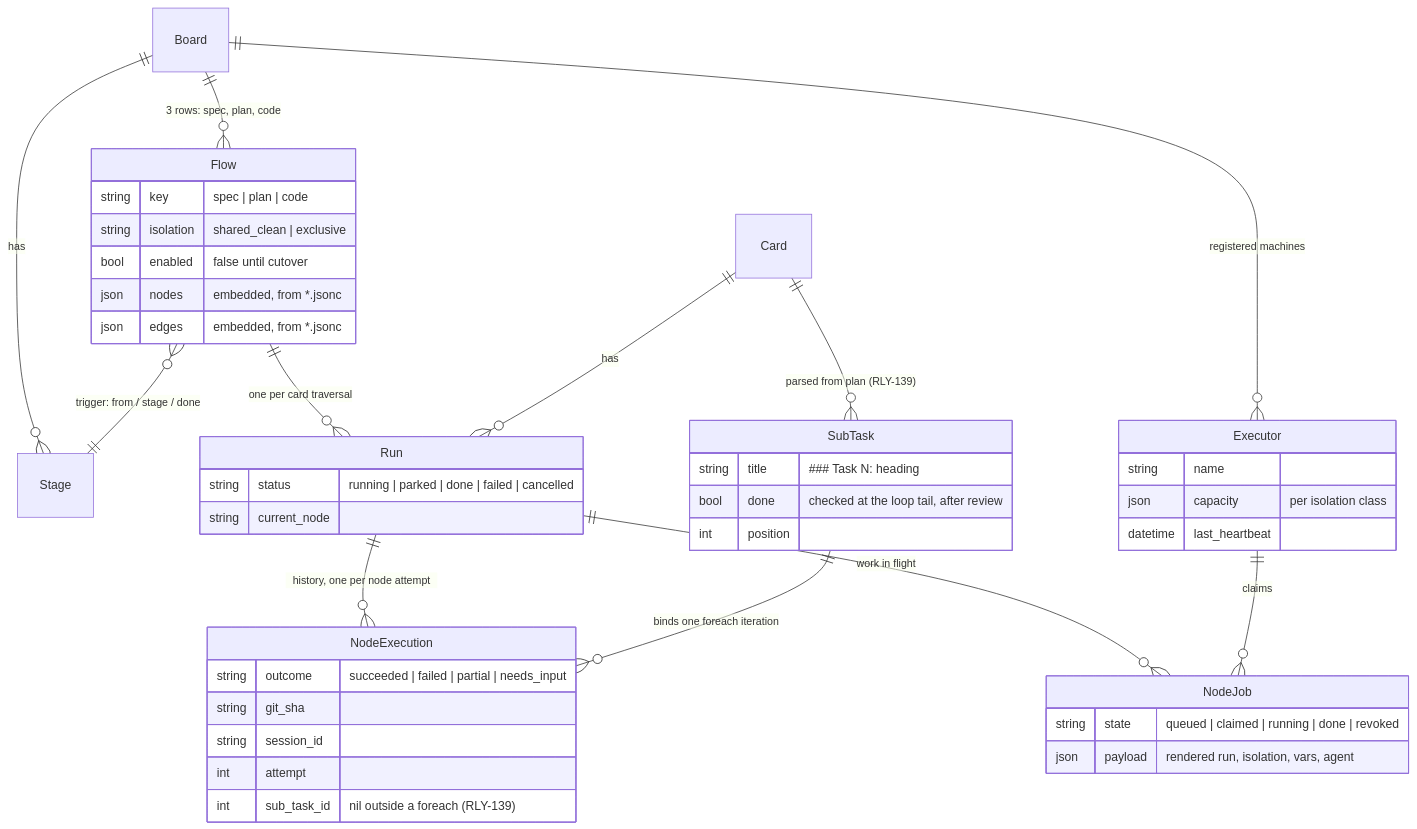
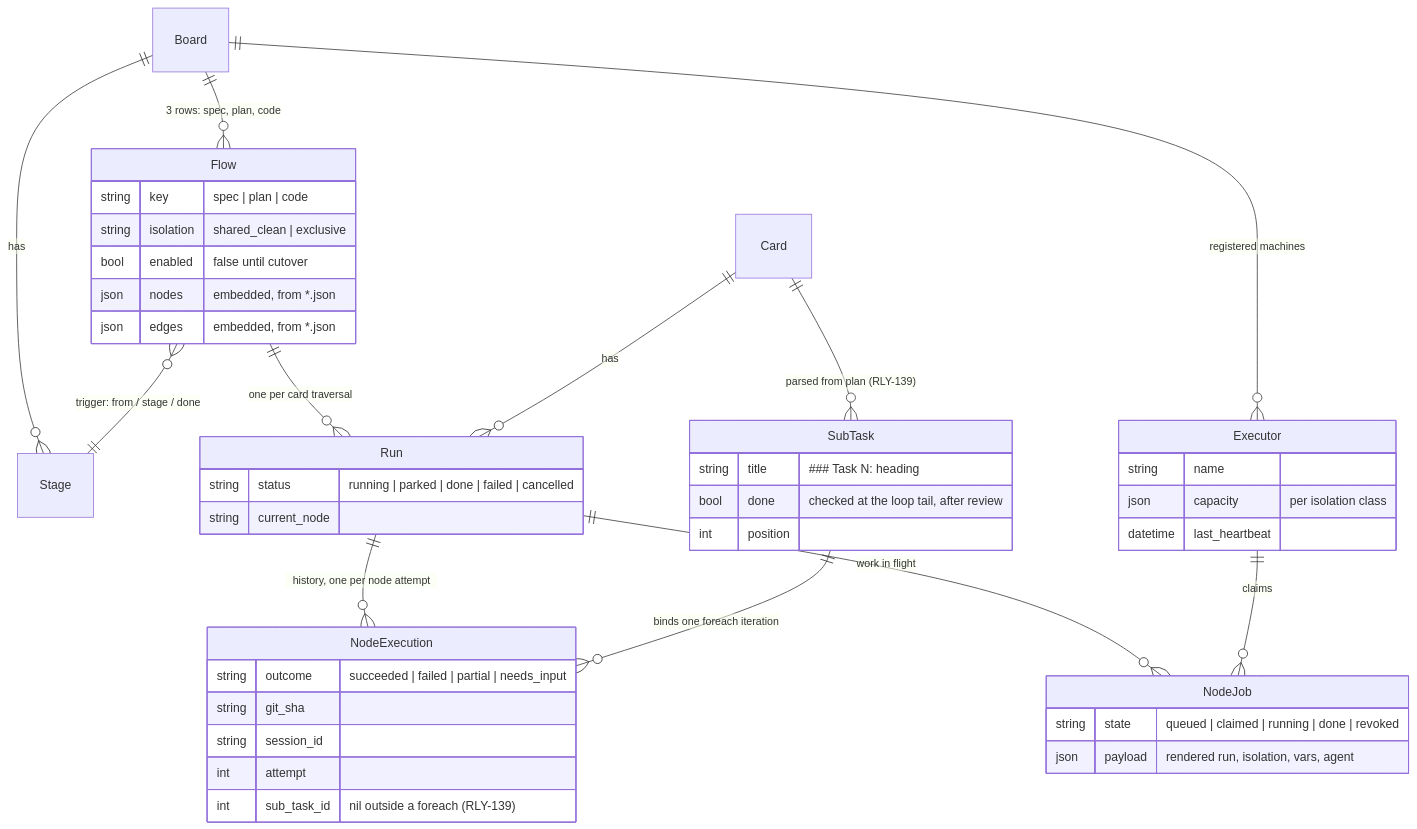
Before and after one commit to jeremylightsmith/relay: the diagram in docs/designs/flows/worked-example.md, drawn with Mermaid. The commit also changed other lines of this file and 21 other files, not shown here.

Commit message:
RLY-241: add Relay.Flows.Document and load the default library from docs/designs/flows/*.json

````diff
--- a/docs/designs/flows/worked-example.md
+++ b/docs/designs/flows/worked-example.md
@@ -207,47 +207,47 @@
 ```mermaid
 erDiagram
     Board ||--o{ Stage : has
     Board ||--o{ Flow : "3 rows: spec, plan, code"
     Flow }o--|| Stage : "trigger: from / stage / done"
     Flow ||--o{ Run : "one per card traversal"
     Card ||--o{ Run : has
     Card ||--o{ SubTask : "parsed from plan (RLY-139)"
     Run ||--o{ NodeExecution : "history, one per node attempt"
     Run ||--o{ NodeJob : "work in flight"
     SubTask ||--o{ NodeExecution : "binds one foreach iteration"
     Executor ||--o{ NodeJob : claims
     Board ||--o{ Executor : "registered machines"
 
     Flow {
         string key "spec | plan | code"
         string isolation "shared_clean | exclusive"
         bool enabled "false until cutover"
-        json nodes "embedded, from *.jsonc"
-        json edges "embedded, from *.jsonc"
+        json nodes "embedded, from *.json"
+        json edges "embedded, from *.json"
     }
     Run {
         string status "running | parked | done | failed | cancelled"
         string current_node
     }
     SubTask {
         string title "### Task N: <name> heading"
         bool done "checked at the loop tail, after review"
         int position
     }
     NodeExecution {
         string outcome "succeeded | failed | partial | needs_input"
         string git_sha
         string session_id
         int attempt
         int sub_task_id "nil outside a foreach (RLY-139)"
     }
     NodeJob {
         string state "queued | claimed | running | done | revoked"
         json payload "rendered run, isolation, vars, agent"
     }
     Executor {
         string name
         json capacity "per isolation class"
         datetime last_heartbeat
     }
 ```
````
